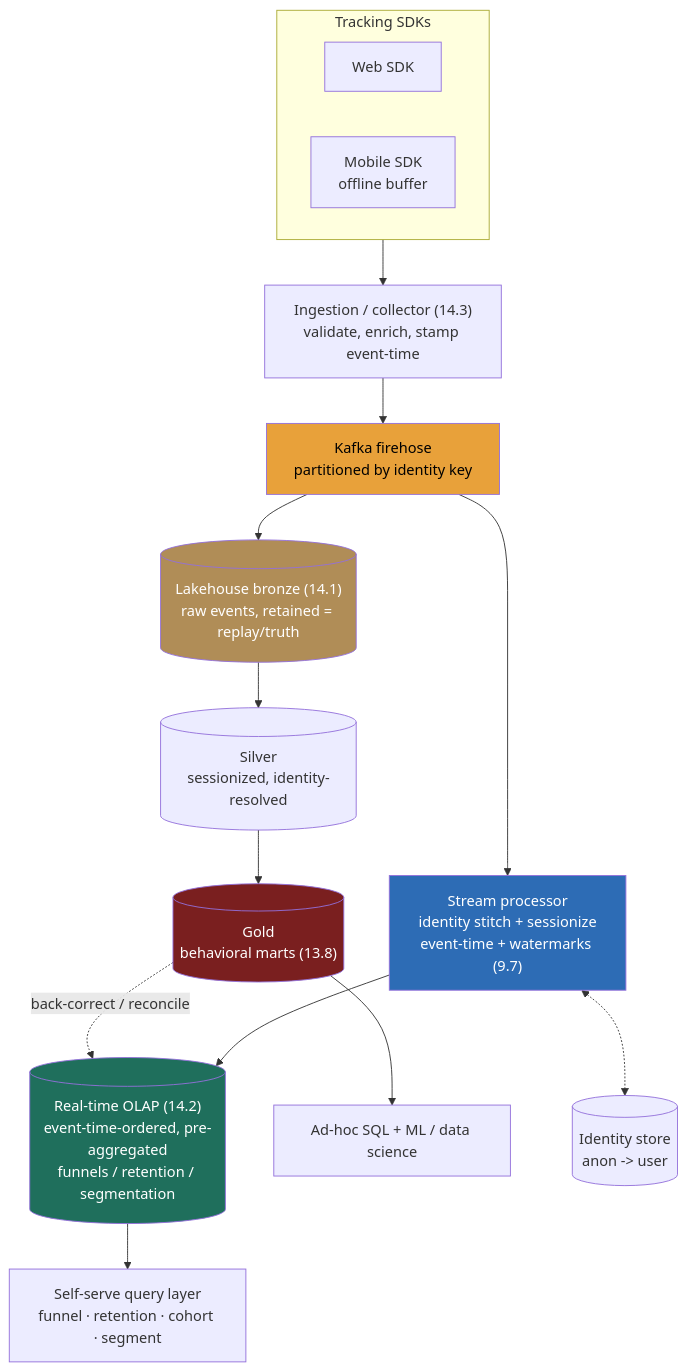
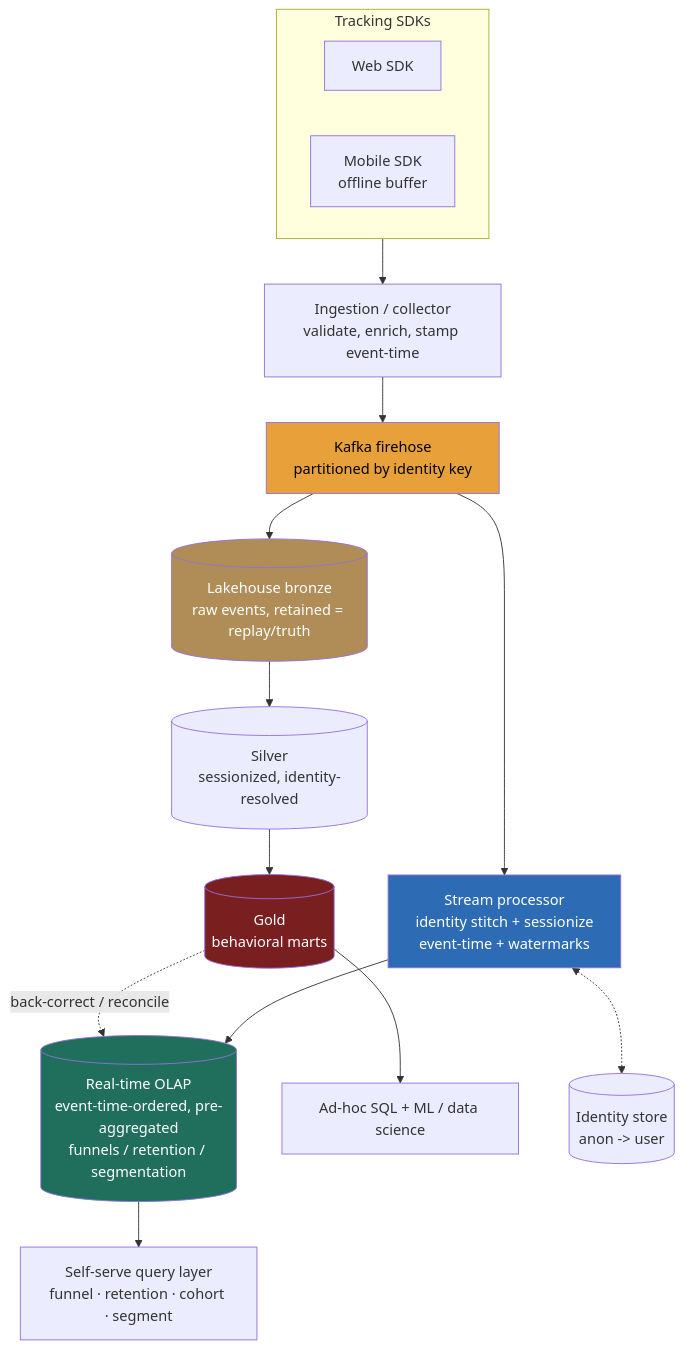
One commit to hkrathore/sysdesign-course changed the diagram in src/content/docs/module-14/lesson-14-4.md. Above: the diagram before and after it, drawn with Mermaid. The commit also changed other lines of this file and 146 other files, not shown here.

````diff
--- a/src/content/docs/module-14/lesson-14-4.md
+++ b/src/content/docs/module-14/lesson-14-4.md
@@ -113,28 +113,28 @@
 ```mermaid
 flowchart TB
     subgraph SDK["Tracking SDKs"]
       WEB["Web SDK"]
       MOB["Mobile SDK<br/>offline buffer"]
     end
-    SDK --> ING["Ingestion / collector (14.3)<br/>validate, enrich, stamp event-time"]
+    SDK --> ING["Ingestion / collector<br/>validate, enrich, stamp event-time"]
     ING --> LOG["Kafka firehose<br/>partitioned by identity key"]
 
-    LOG --> ENRICH["Stream processor<br/>identity stitch + sessionize<br/>event-time + watermarks (9.7)"]
-    ENRICH --> OLAP[("Real-time OLAP (14.2)<br/>event-time-ordered, pre-aggregated<br/>funnels / retention / segmentation")]
+    LOG --> ENRICH["Stream processor<br/>identity stitch + sessionize<br/>event-time + watermarks"]
+    ENRICH --> OLAP[("Real-time OLAP<br/>event-time-ordered, pre-aggregated<br/>funnels / retention / segmentation")]
     OLAP --> SELF["Self-serve query layer<br/>funnel · retention · cohort · segment"]
 
-    LOG --> BRONZE[("Lakehouse bronze (14.1)<br/>raw events, retained = replay/truth")]
+    LOG --> BRONZE[("Lakehouse bronze<br/>raw events, retained = replay/truth")]
     BRONZE --> SILVER[("Silver<br/>sessionized, identity-resolved")]
-    SILVER --> GOLD[("Gold<br/>behavioral marts (13.8)")]
+    SILVER --> GOLD[("Gold<br/>behavioral marts")]
     GOLD --> ADHOC["Ad-hoc SQL + ML / data science"]
 
     GOLD -.->|back-correct / reconcile| OLAP
     IDS[("Identity store<br/>anon -> user")]
     ENRICH <-.-> IDS
 
     style LOG fill:#e8a13a,color:#000
     style ENRICH fill:#2d6cb5,color:#fff
     style OLAP fill:#1f6f5c,color:#fff
     style BRONZE fill:#b08d57,color:#fff
     style GOLD fill:#7a1f1f,color:#fff
 ```
````
